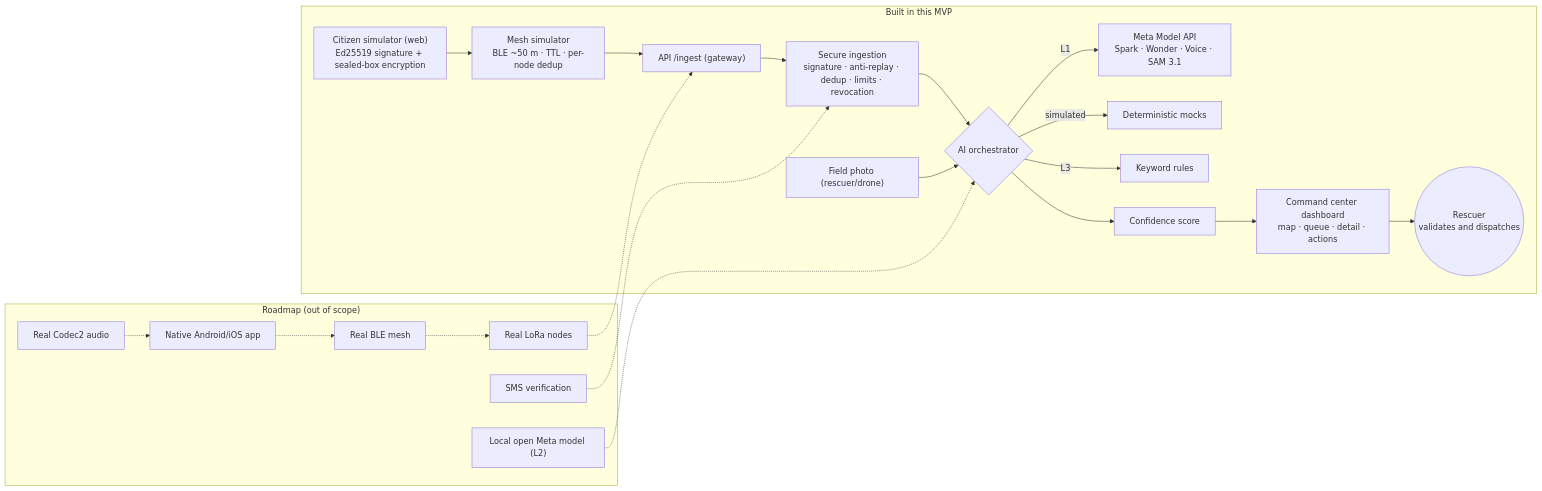
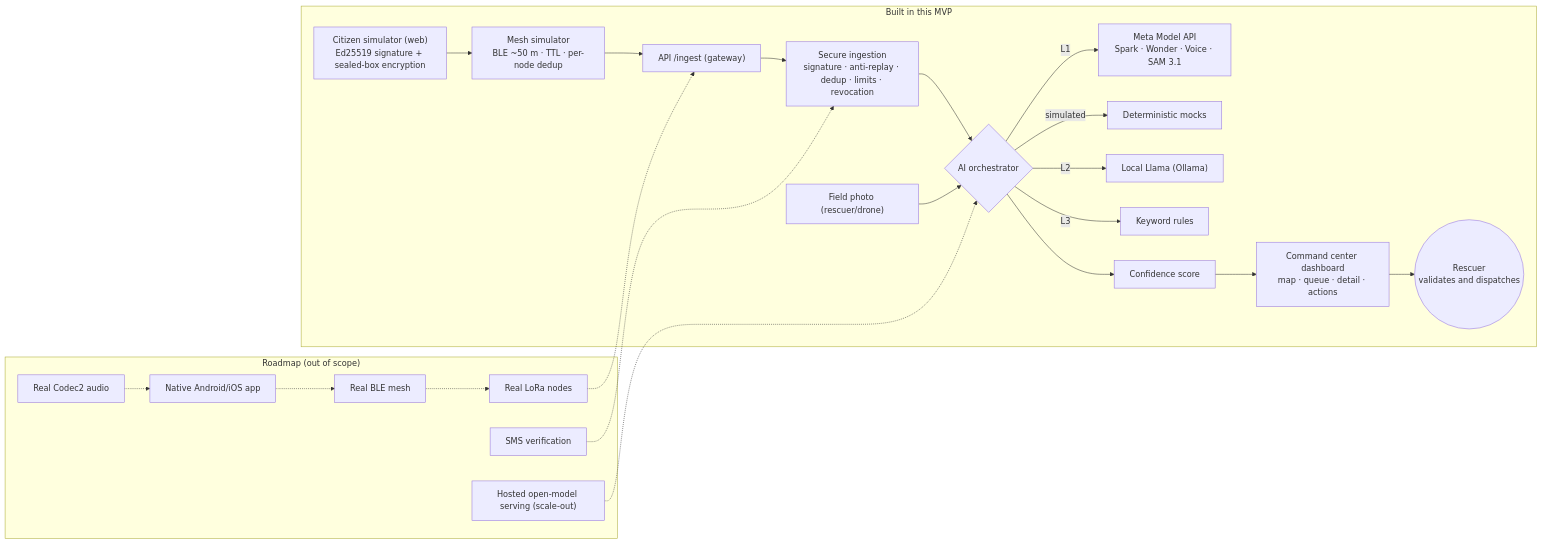
One commit to ngcddev/SOLARIS changed the diagram in README.md. Above: the diagram before and after it, drawn with Mermaid. The commit also changed other lines of this file and 3 other files, not shown here.

````diff
--- a/README.md
+++ b/README.md
@@ -63,24 +67,25 @@
 ```mermaid
 flowchart LR
   subgraph Built["Built in this MVP"]
     SIM["Citizen simulator (web)\nEd25519 signature + sealed-box encryption"] --> MESH
     MESH["Mesh simulator\nBLE ~50 m · TTL · per-node dedup"] --> GW["API /ingest (gateway)"]
     GW --> ING["Secure ingestion\nsignature · anti-replay · dedup · limits · revocation"]
     ING --> AI{"AI orchestrator"}
     AI -->|L1| META["Meta Model API\nSpark · Wonder · Voice · SAM 3.1"]
     AI -->|simulated| MOCK["Deterministic mocks"]
+    AI -->|L2| LLAMA["Local Llama (Ollama)"]
     AI -->|L3| RULES["Keyword rules"]
     AI --> TRUST["Confidence score"]
     TRUST --> UI["Command center dashboard\nmap · queue · detail · actions"]
     UI --> HUMAN(("Rescuer\nvalidates and dispatches"))
     PHOTO["Field photo (rescuer/drone)"] --> AI
   end
   subgraph Roadmap["Roadmap (out of scope)"]
     APP["Native Android/iOS app"] -.-> BLE["Real BLE mesh"]
     BLE -.-> LORA["Real LoRa nodes"]
     LORA -.-> GW
     SMS["SMS verification"] -.-> ING
-    N2["Local open Meta model (L2)"] -.-> AI
+    N2["Hosted open-model serving (scale-out)"] -.-> AI
     C2["Real Codec2 audio"] -.-> APP
   end
 ```
````
